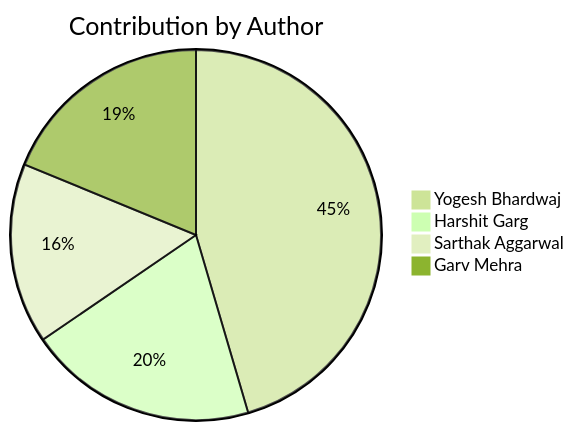
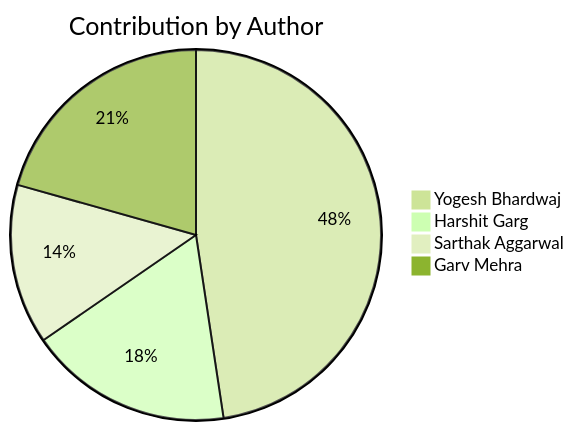
One commit to Yogesh-Bhardwaj-hue/Scm-Final_2.0 changed the second of 2 diagrams in README.md. Above: the diagram before and after it, drawn with Mermaid (forest theme). The commit also changed other lines of this file, not shown here.

Commit message:
Update contribution charts

````diff
--- a/README.md
+++ b/README.md
@@ -220,7 +220,7 @@
 ```mermaid
 pie title Contribution by Author
     "Yogesh Bhardwaj": 150
-    "Harshit Garg": 66
-    "Sarthak Aggarwal": 52
-    "Garv Mehra": 62
+    "Harshit Garg": 56
+    "Sarthak Aggarwal": 44
+    "Garv Mehra": 65
 ```
````
